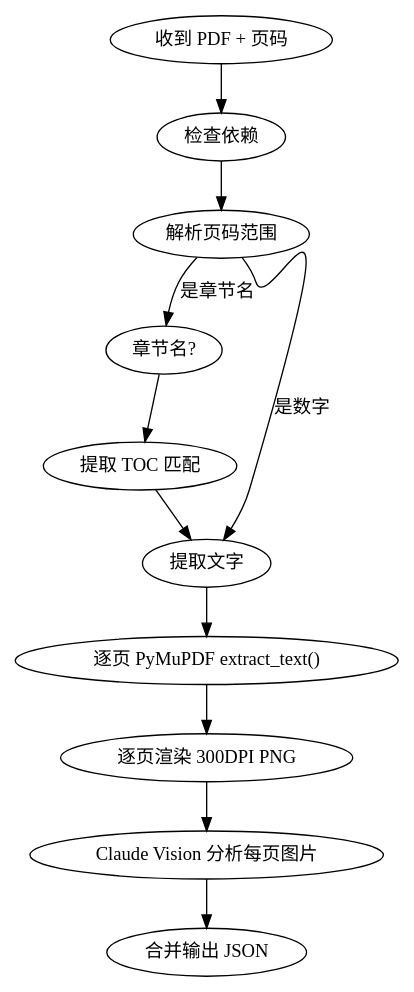
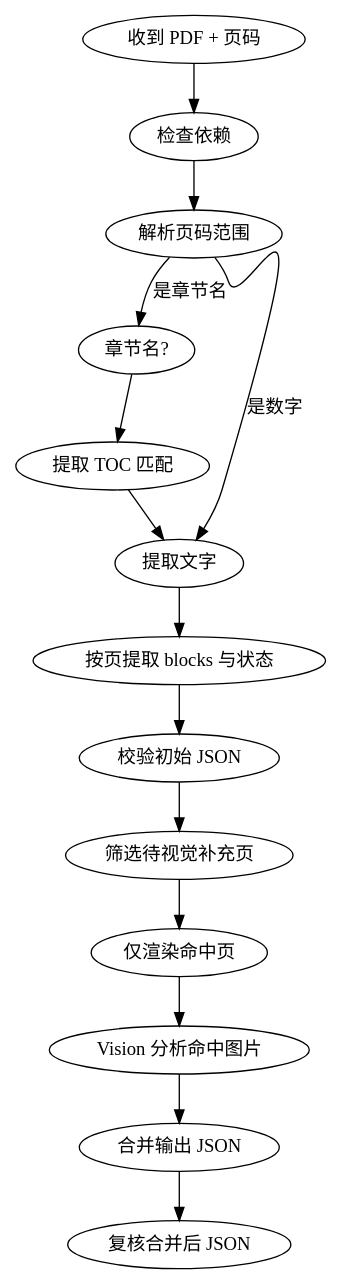
The diagram in assets/skills/read-pdf/SKILL.zh.md (luneth90/lifeos), drawn with Graphviz before and after one commit. The commit also changed other lines of this file and 11 other files, not shown here.

````diff
--- a/assets/skills/read-pdf/SKILL.zh.md
+++ b/assets/skills/read-pdf/SKILL.zh.md
@@ -117,14 +122,17 @@
 ```dot
 digraph read_pdf {
     rankdir=TB;
     "收到 PDF + 页码" -> "检查依赖";
     "检查依赖" -> "解析页码范围";
     "解析页码范围" -> "章节名?" [label="是章节名"];
     "解析页码范围" -> "提取文字" [label="是数字"];
     "章节名?" -> "提取 TOC 匹配" -> "提取文字";
-    "提取文字" -> "逐页 PyMuPDF extract_text()";
-    "逐页 PyMuPDF extract_text()" -> "逐页渲染 300DPI PNG";
-    "逐页渲染 300DPI PNG" -> "Claude Vision 分析每页图片";
-    "Claude Vision 分析每页图片" -> "合并输出 JSON";
+    "提取文字" -> "按页提取 blocks 与状态";
+    "按页提取 blocks 与状态" -> "校验初始 JSON";
+    "校验初始 JSON" -> "筛选待视觉补充页";
+    "筛选待视觉补充页" -> "仅渲染命中页";
+    "仅渲染命中页" -> "Vision 分析命中图片";
+    "Vision 分析命中图片" -> "合并输出 JSON";
+    "合并输出 JSON" -> "复核合并后 JSON";
 }
 ```
````
